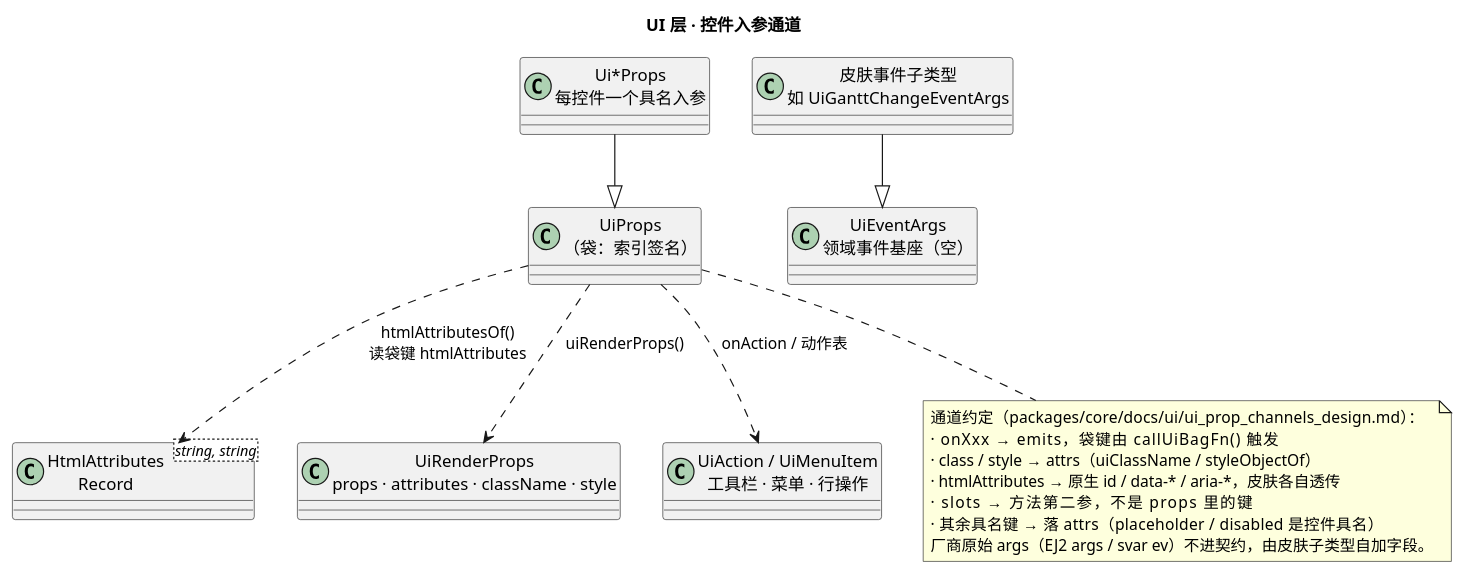
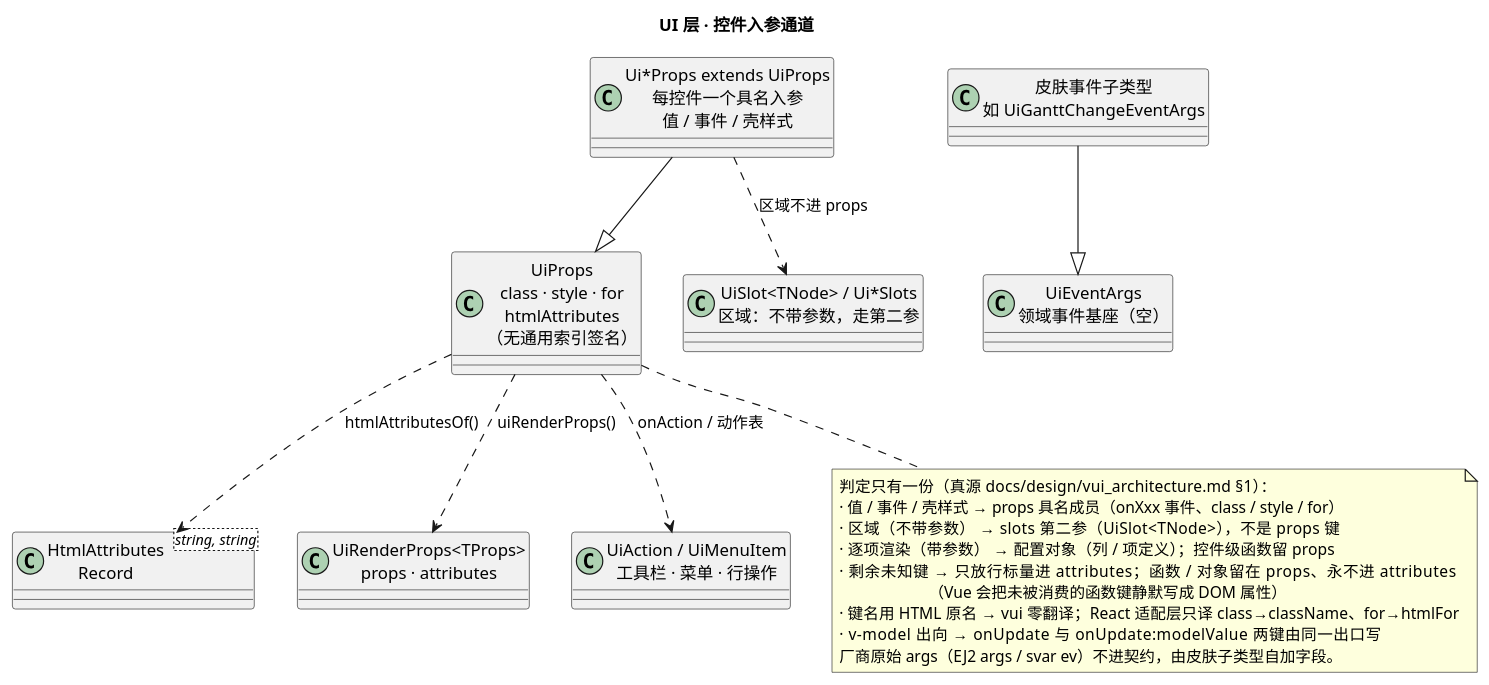
The fourth of 5 diagrams in docs/design/ui_layer.wsd (Roy7611/mmda-vue), drawn with PlantUML before and after one commit. The commit also changed 356 other files, not shown here.

First line of the commit message:
refactor: core/vui/rui 分层收敛与构建去重

```diff
--- a/docs/design/ui_layer.wsd
+++ b/docs/design/ui_layer.wsd
@@ -167,28 +167,32 @@
 @startuml ui_layer_props
 skinparam defaultFontName "Microsoft YaHei"
 title UI 层 · 控件入参通道
 
-class "UiProps\n（袋：索引签名）" as UiProps
-class "Ui*Props\n每控件一个具名入参" as NamedProps
+class "UiProps\nclass · style · for\nhtmlAttributes\n（无通用索引签名）" as UiProps
+class "Ui*Props extends UiProps\n每控件一个具名入参\n值 / 事件 / 壳样式" as NamedProps
 class "HtmlAttributes\nRecord<string, string>" as HtmlAttributes
-class "UiRenderProps\nprops · attributes · className · style" as UiRenderProps
+class "UiRenderProps<TProps>\nprops · attributes" as UiRenderProps
+class "UiSlot<TNode> / Ui*Slots\n区域：不带参数，走第二参" as UiSlot
 class "UiAction / UiMenuItem\n工具栏 · 菜单 · 行操作" as UiAction
 class "UiEventArgs\n领域事件基座（空）" as UiEventArgs
 class "皮肤事件子类型\n如 UiGanttChangeEventArgs" as SkinEvent
 
 NamedProps --|> UiProps
 UiProps ..> UiRenderProps : uiRenderProps()
-UiProps ..> HtmlAttributes : htmlAttributesOf()\n读袋键 htmlAttributes
+UiProps ..> HtmlAttributes : htmlAttributesOf()
 UiProps ..> UiAction : onAction / 动作表
+NamedProps ..> UiSlot : 区域不进 props
 SkinEvent --|> UiEventArgs
 
 note bottom of UiProps
-  通道约定（packages/core/docs/ui/ui_prop_channels_design.md）：
-  · onXxx          → emits，袋键由 callUiBagFn() 触发
-  · class / style  → attrs（uiClassName / styleObjectOf）
-  · htmlAttributes → 原生 id / data-* / aria-*，皮肤各自透传
-  · slots          → 方法第二参，不是 props 里的键
-  · 其余具名键     → 落 attrs（placeholder / disabled 是控件具名）
+  判定只有一份（真源 docs/design/vui_architecture.md §1）：
+  · 值 / 事件 / 壳样式 → props 具名成员（onXxx 事件、class / style / for）
+  · 区域（不带参数）   → slots 第二参（UiSlot<TNode>），不是 props 键
+  · 逐项渲染（带参数） → 配置对象（列 / 项定义）；控件级函数留 props
+  · 剩余未知键         → 只放行标量进 attributes；函数 / 对象留在 props、永不进 attributes
+                        （Vue 会把未被消费的函数键静默写成 DOM 属性）
+  · 键名用 HTML 原名    → vui 零翻译；React 适配层只译 class→className、for→htmlFor
+  · v-model 出向        → onUpdate 与 onUpdate:modelValue 两键由同一出口写
   厂商原始 args（EJ2 args / svar ev）不进契约，由皮肤子类型自加字段。
 end note
 @enduml
```
